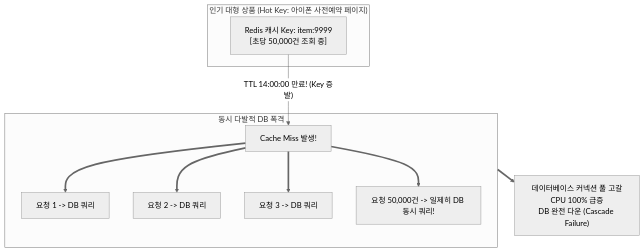
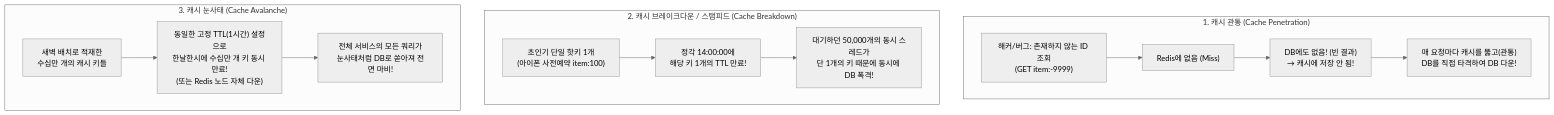
Before and after one commit to keimania/tech-notes: diagram 20 of 39 in 09_아키텍처.md, drawn with Mermaid (neutral theme). The commit also changed other lines of this file and 12 other files, not shown here.

````diff
--- a/09_아키텍처.md
+++ b/09_아키텍처.md
@@ -578,17 +977,18 @@
 ```mermaid
 flowchart TD
-    subgraph HotKey["인기 대형 상품 (Hot Key: 아이폰 사전예약 페이지)"]
-        Key["Redis 캐시 Key: item:9999\n[초당 50,000건 조회 중]"]
+    subgraph P1["1. 캐시 관통 (Cache Penetration)"]
+        Req1["해커/버그: 존재하지 않는 ID 조회\n(GET item:-9999)"] --> Miss1["Redis에 없음 (Miss)"]
+        Miss1 --> DB1["DB에도 없음! (빈 결과)\n→ 캐시에 저장 안 됨!"]
+        DB1 --> Crash1["매 요청마다 캐시를 뚫고(관통)\nDB를 직접 타격하여 DB 다운!"]
     end
 
-    Key -- "TTL 14:00:00 만료! (Key 증발)" --> Expired["Cache Miss 발생!"]
-
-    subgraph Flood["동시 다발적 DB 폭격"]
-        Expired ==> R1["요청 1 -> DB 쿼리"]
-        Expired ==> R2["요청 2 -> DB 쿼리"]
-        Expired ==> R3["요청 3 -> DB 쿼리"]
-        Expired ==> RN["요청 50,000건 -> 일제히 DB 동시 쿼리!"]
+    subgraph P2["2. 캐시 브레이크다운 / 스탬피드 (Cache Breakdown)"]
+        Req2["초인기 단일 핫키 1개\n(아이폰 사전예약 item:100)"] --> Miss2["정각 14:00:00에\n해당 키 1개의 TTL 만료!"]
+        Miss2 --> Crash2["대기하던 50,000개의 동시 스레드가\n단 1개의 키 때문에 동시에 DB 폭격!"]
     end
 
-    Flood ==> DBCrash["데이터베이스 커넥션 풀 고갈\nCPU 100% 급증\nDB 완전 다운 (Cascade Failure)"]
+    subgraph P3["3. 캐시 눈사태 (Cache Avalanche)"]
+        Req3["새벽 배치로 적재한\n수십만 개의 캐시 키들"] --> Miss3["동일한 고정 TTL(1시간) 설정으로\n한날한시에 수십만 개 키 동시 만료!\n(또는 Redis 노드 자체 다운)"]
+        Miss3 --> Crash3["전체 서비스의 모든 쿼리가\n눈사태처럼 DB로 쏟아져 전면 마비!"]
+    end
 ```
````
